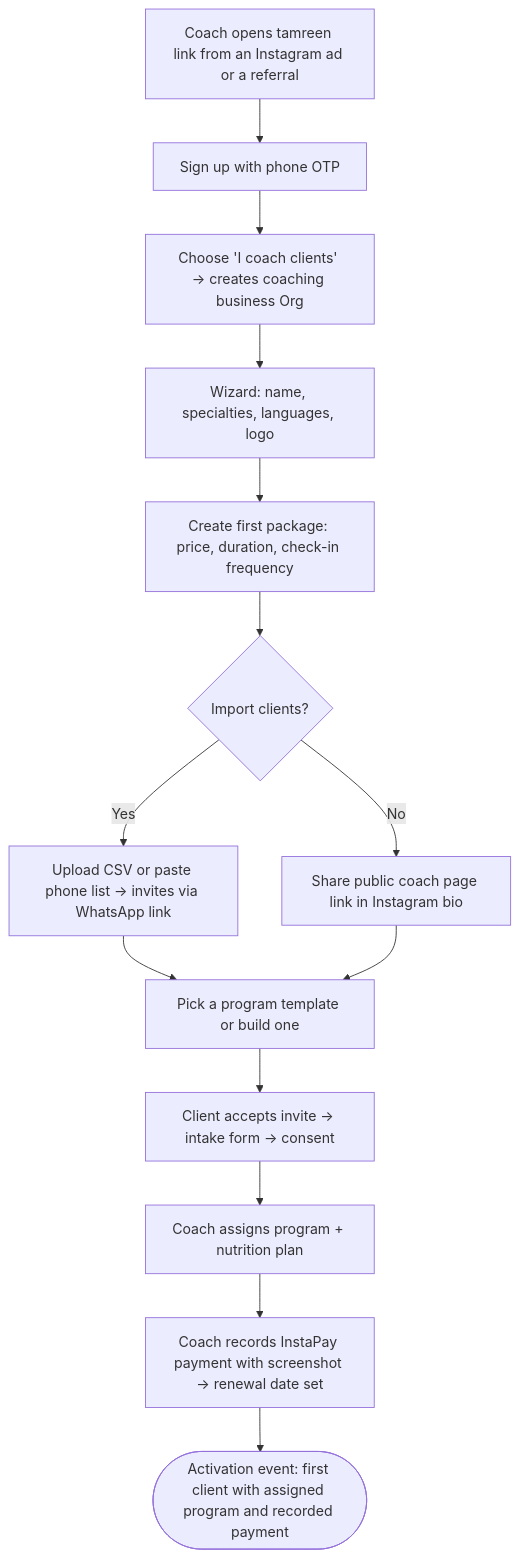
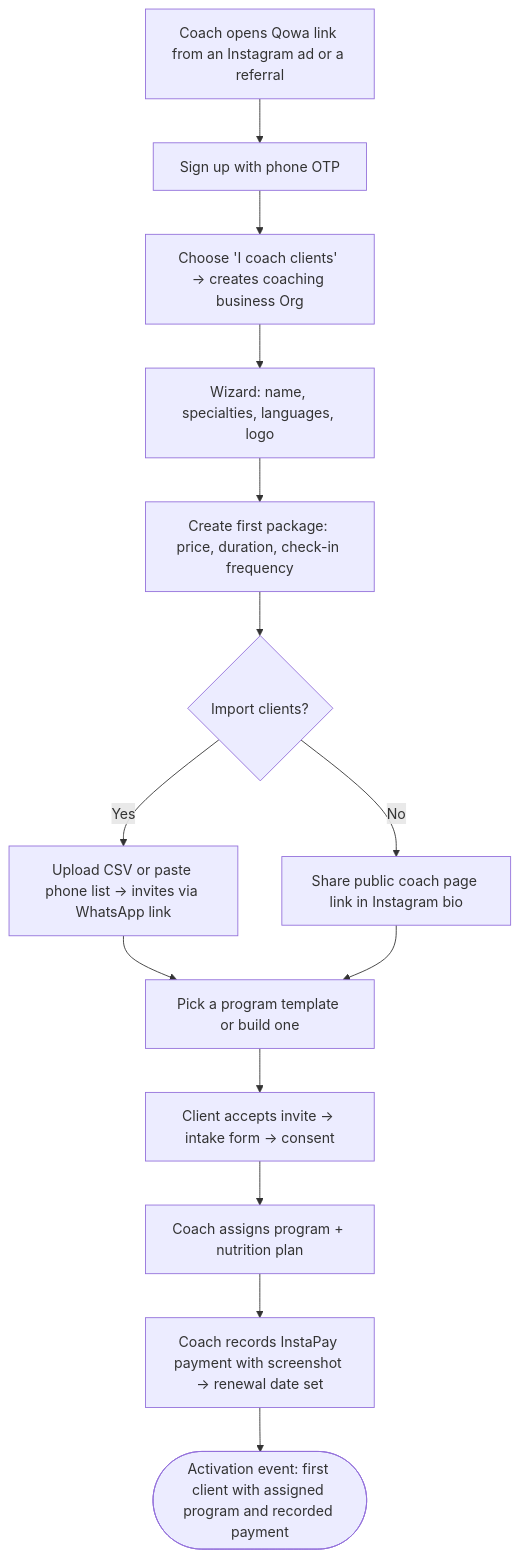
Before and after one commit to abdo-shrief270/muhasebi-egypt: the first of 10 diagrams in docs/fitness-platform/PRODUCT_BUSINESS_BLUEPRINT.md, drawn with Mermaid. The commit also changed other lines of this file and 31 other files, not shown here.

First line of the commit message:
Rename the fitness platform from Tamreen to Qowa

````diff
--- a/docs/fitness-platform/PRODUCT_BUSINESS_BLUEPRINT.md
+++ b/docs/fitness-platform/PRODUCT_BUSINESS_BLUEPRINT.md
@@ -427,16 +427,16 @@
 ```mermaid
 flowchart TD
-    A["Coach opens tamreen link from an Instagram ad or a referral"] --> B["Sign up with phone OTP"]
+    A["Coach opens Qowa link from an Instagram ad or a referral"] --> B["Sign up with phone OTP"]
     B --> C["Choose 'I coach clients' → creates coaching business Org"]
     C --> D["Wizard: name, specialties, languages, logo"]
     D --> E["Create first package: price, duration, check-in frequency"]
     E --> F{"Import clients?"}
     F -- "Yes" --> G["Upload CSV or paste phone list → invites via WhatsApp link"]
     F -- "No" --> H["Share public coach page link in Instagram bio"]
     G --> I["Pick a program template or build one"]
     H --> I
     I --> J["Client accepts invite → intake form → consent"]
     J --> K["Coach assigns program + nutrition plan"]
     K --> L["Coach records InstaPay payment with screenshot → renewal date set"]
     L --> M(["Activation event: first client with assigned program and recorded payment"])
 ```
````
